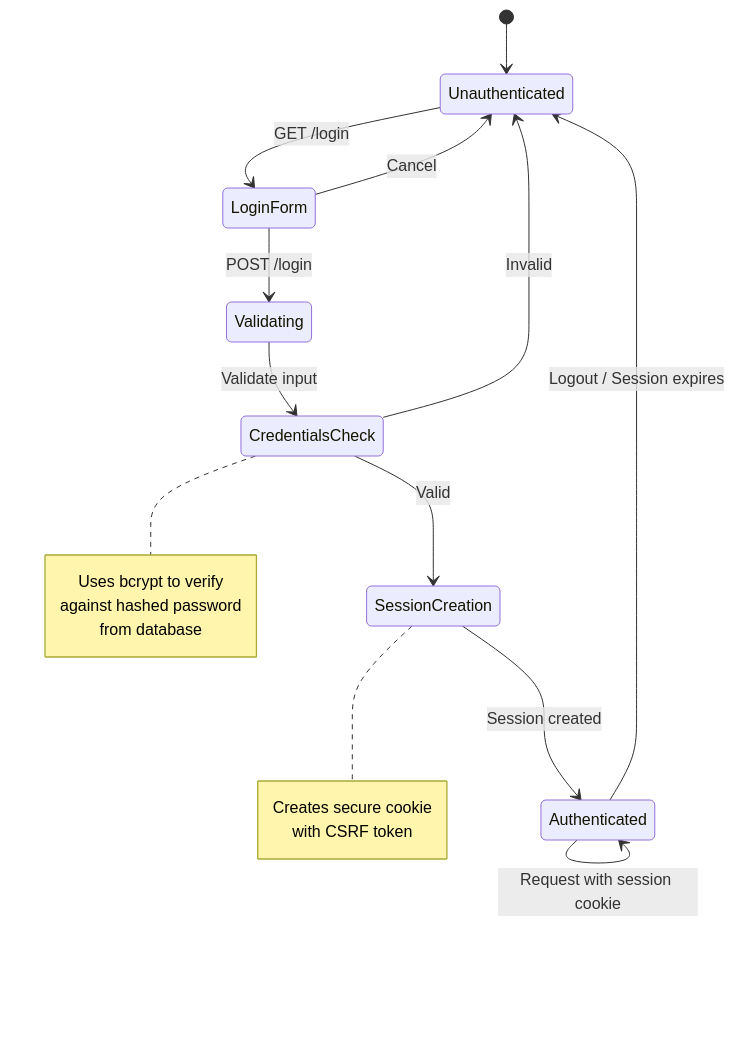
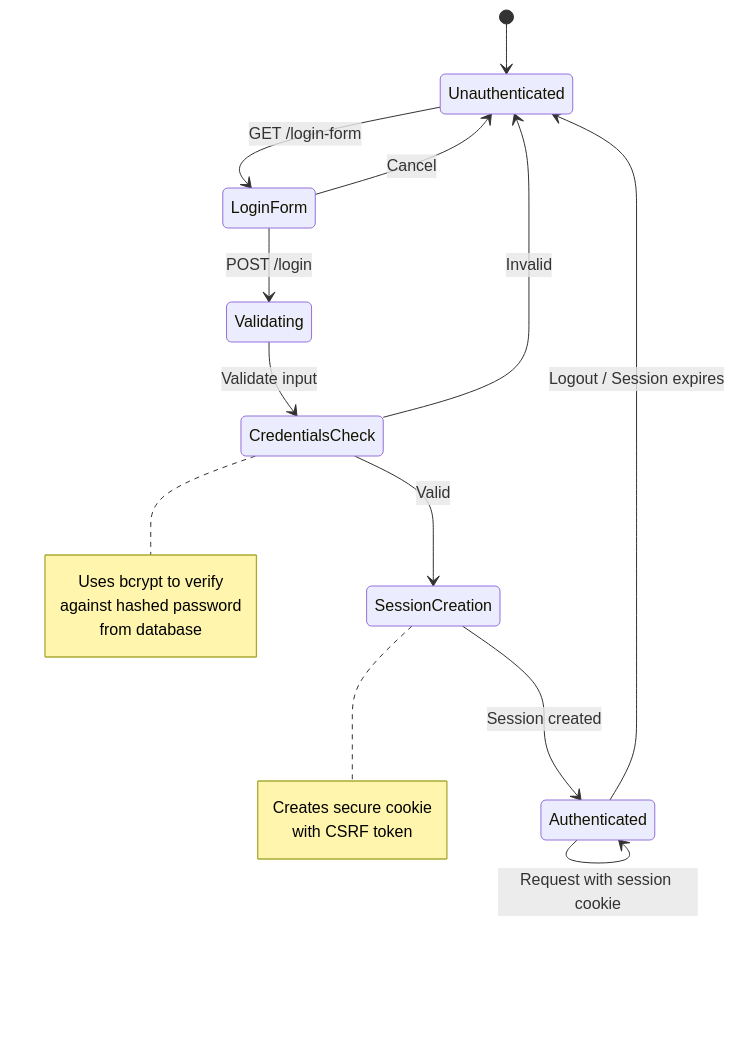
Before and after one commit to lbe/sfpg-go: the third of 9 diagrams in docs/diagrams/ARCHITECTURE_DIAGRAMS.md, drawn with Mermaid. The commit also changed other lines of this file and 180 other files, not shown here.

````diff
--- a/docs/diagrams/ARCHITECTURE_DIAGRAMS.md
+++ b/docs/diagrams/ARCHITECTURE_DIAGRAMS.md
@@ -136,26 +138,26 @@
 ```mermaid
 stateDiagram-v2
     [*] --> Unauthenticated
-    Unauthenticated --> LoginForm: GET /login
+    Unauthenticated --> LoginForm: GET /login-form
     LoginForm --> Unauthenticated: Cancel
 
     LoginForm --> Validating: POST /login
     Validating --> CredentialsCheck: Validate input
     CredentialsCheck --> Unauthenticated: Invalid
     CredentialsCheck --> SessionCreation: Valid
 
     SessionCreation --> Authenticated: Session created
     Authenticated --> Authenticated: Request with session cookie
     Authenticated --> Unauthenticated: Logout / Session expires
 
     note right of CredentialsCheck
         Uses bcrypt to verify
         against hashed password
         from database
     end note
 
     note right of SessionCreation
         Creates secure cookie
         with CSRF token
     end note
 ```
````
